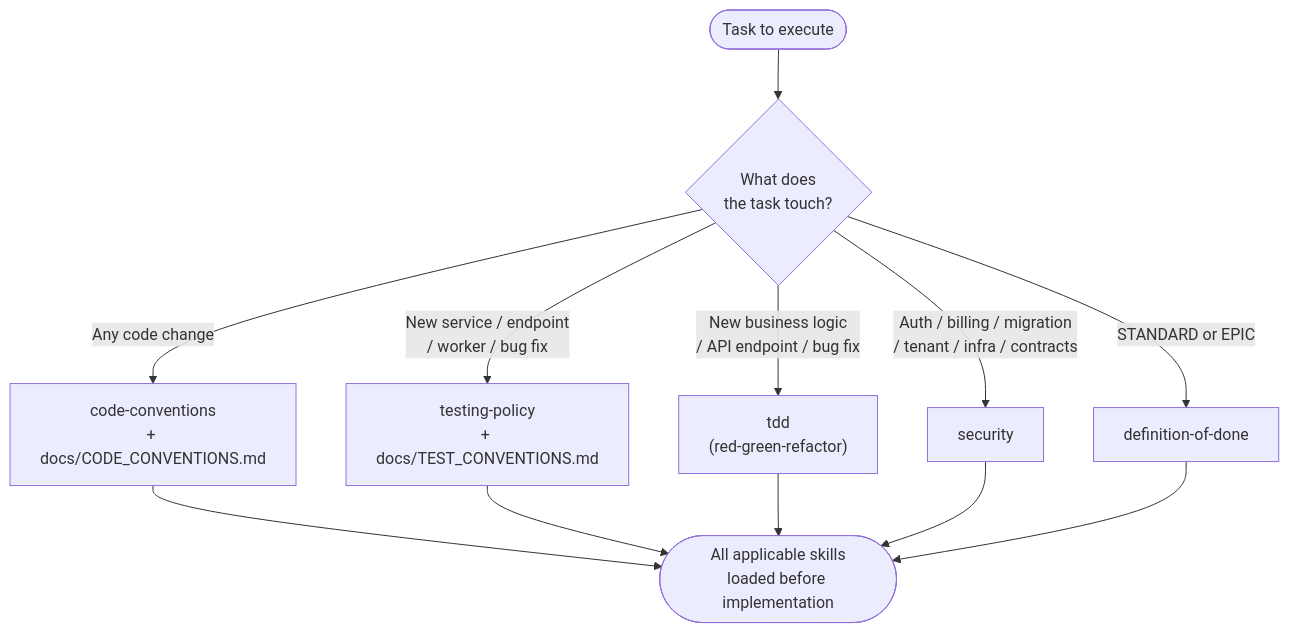
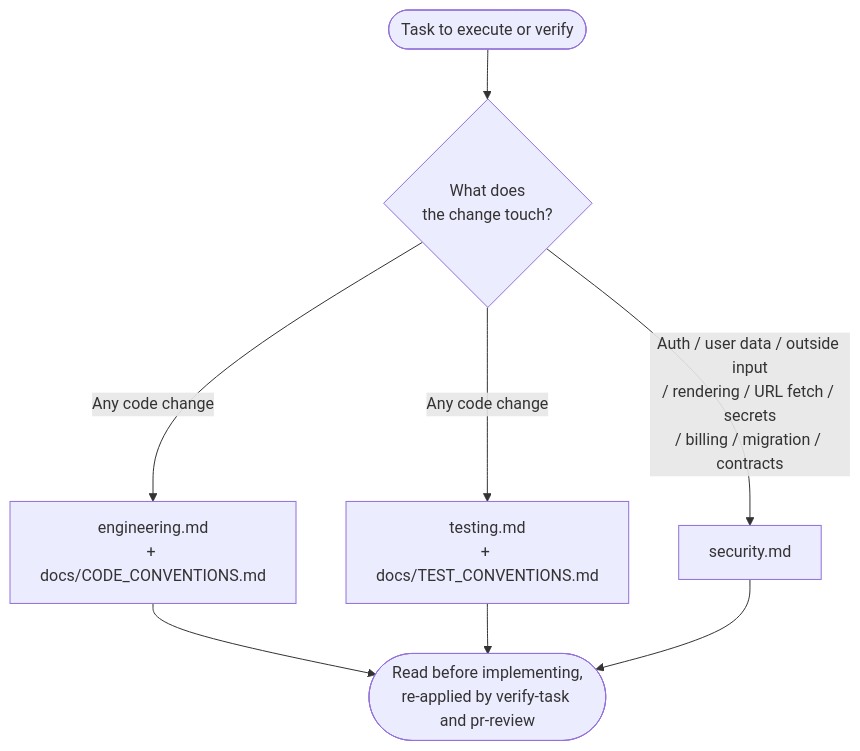
The seventh of 8 diagrams in docs/WORKFLOW_DIAGRAMS.md (precise-alloy/ritus), drawn with Mermaid before and after one commit. The commit also changed other lines of this file and 106 other files, not shown here.

````diff
--- a/docs/WORKFLOW_DIAGRAMS.md
+++ b/docs/WORKFLOW_DIAGRAMS.md
@@ -254,16 +236,12 @@
 ```mermaid
 flowchart TD
-    Task([Task to execute]) --> Check{"What does\nthe task touch?"}
+    Task([Task to execute or verify]) --> Check{"What does\nthe change touch?"}
 
-    Check -->|"Any code change"| CC["code-conventions\n+ docs/CODE_CONVENTIONS.md"]
-    Check -->|"New service / endpoint\n/ worker / bug fix"| TP["testing-policy\n+ docs/TEST_CONVENTIONS.md"]
-    Check -->|"New business logic\n/ API endpoint / bug fix"| TDD["tdd\n(red-green-refactor)"]
-    Check -->|"Auth / billing / migration\n/ tenant / infra / contracts"| SEC["security"]
-    Check -->|"STANDARD or EPIC"| DOD["definition-of-done"]
+    Check -->|"Any code change"| ENG["engineering.md\n+ docs/CODE_CONVENTIONS.md"]
+    Check -->|"Any code change"| TST["testing.md\n+ docs/TEST_CONVENTIONS.md"]
+    Check -->|"Auth / user data / outside input\n/ rendering / URL fetch / secrets\n/ billing / migration / contracts"| SEC["security.md"]
 
-    CC --> Loaded(["All applicable skills\nloaded before implementation"])
-    TP --> Loaded
-    TDD --> Loaded
+    ENG --> Loaded(["Read before implementing,\nre-applied by verify-task and pr-review"])
+    TST --> Loaded
     SEC --> Loaded
-    DOD --> Loaded
 ```
````
